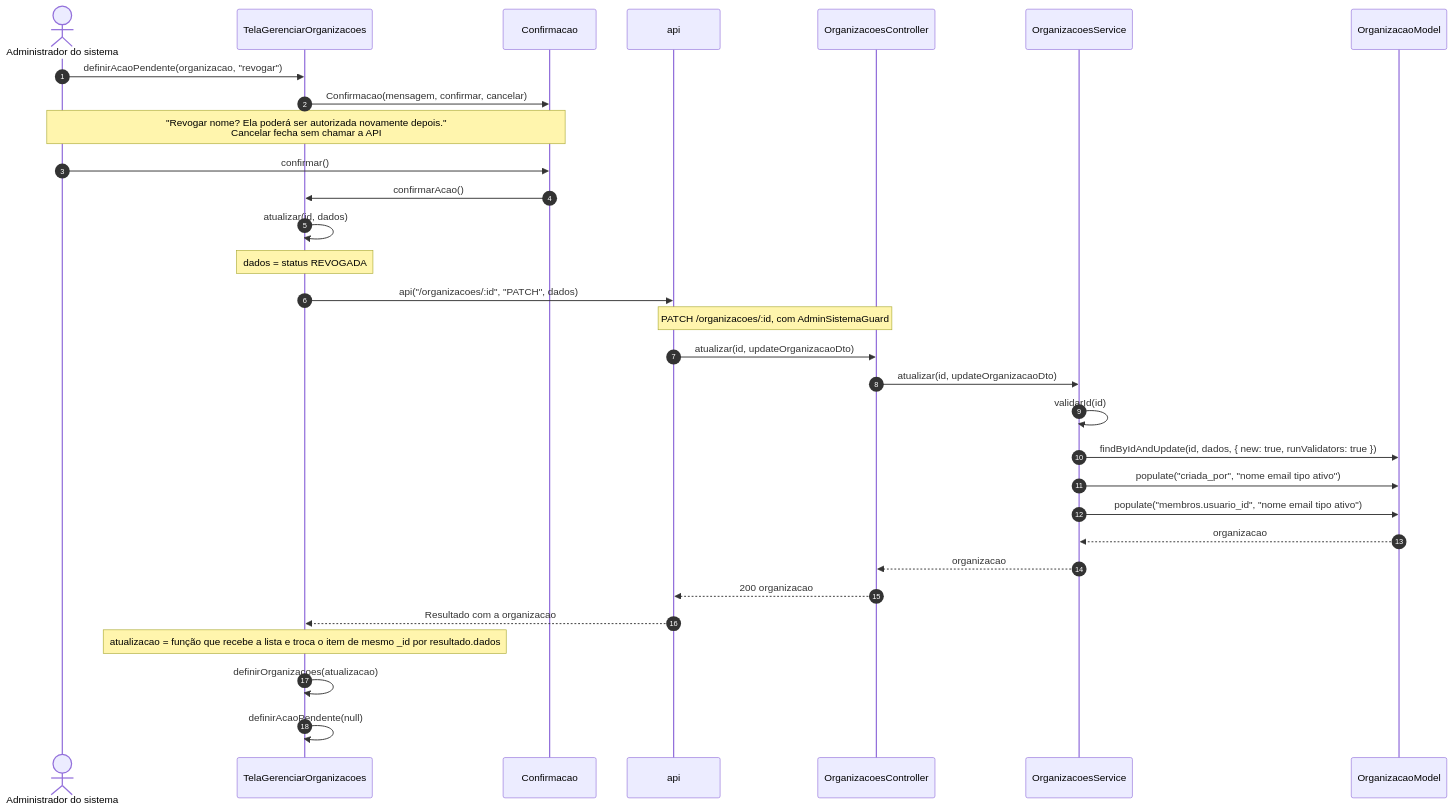
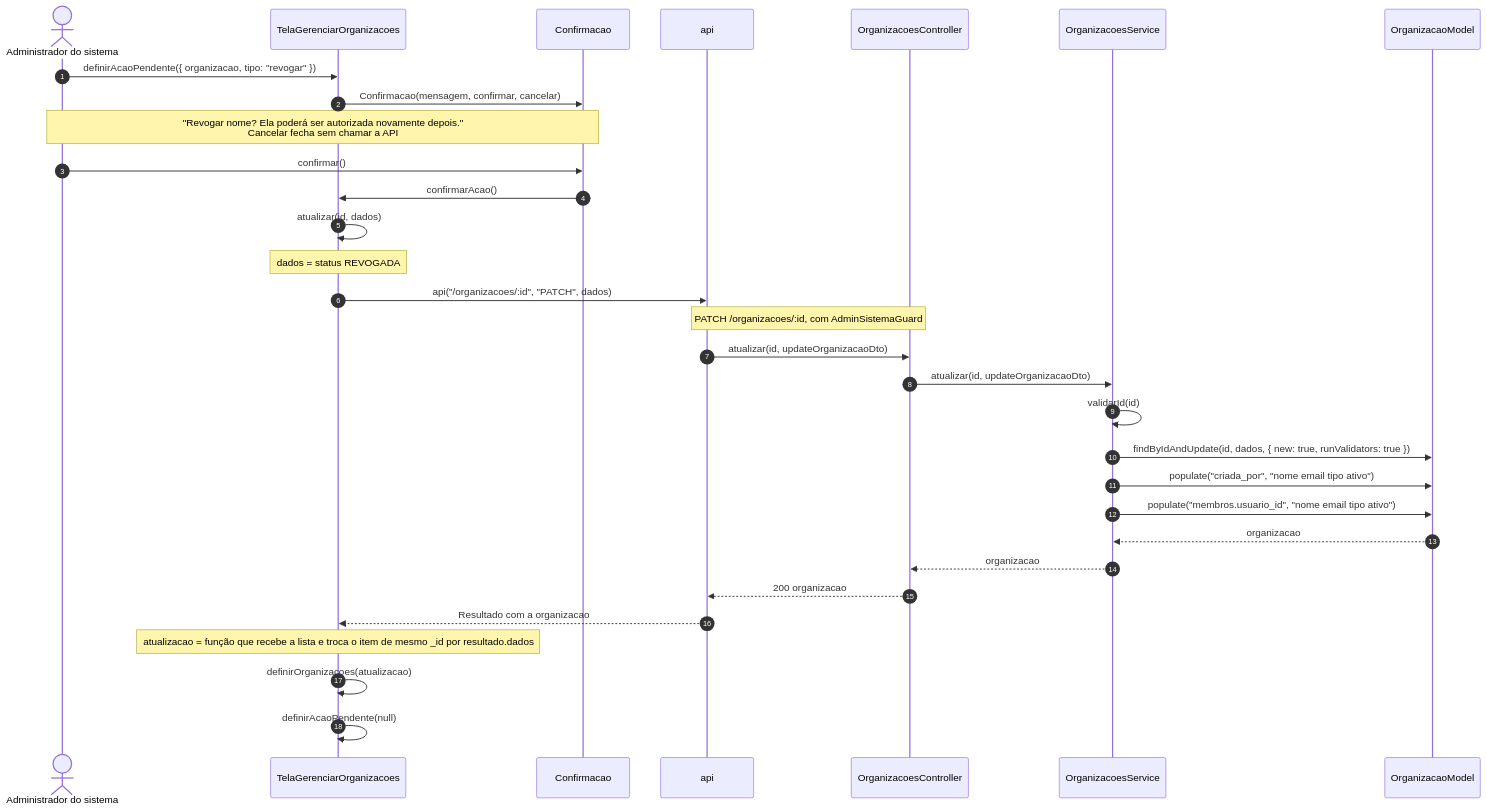
The fifth of 15 diagrams in 2 - Incremento1/cadastro-organizacao/6 - diagramas-sequencia-cadastro-organizacao.md (Conecta-IFSP/DOCUMENTATION), drawn with Mermaid before and after one commit. The commit also changed other lines of this file and 17 other files, not shown here.

````diff
--- a/2 - Incremento1/cadastro-organizacao/6 - diagramas-sequencia-cadastro-organizacao.md
+++ b/2 - Incremento1/cadastro-organizacao/6 - diagramas-sequencia-cadastro-organizacao.md
@@ -157,33 +157,33 @@
 ```mermaid
 sequenceDiagram
     autonumber
     actor U as Administrador do sistema
     participant T as TelaGerenciarOrganizacoes
     participant D as Confirmacao
     participant A as api
     participant C as OrganizacoesController
     participant S as OrganizacoesService
     participant M as OrganizacaoModel
-    U->>T: definirAcaoPendente(organizacao, "revogar")
+    U->>T: definirAcaoPendente({ organizacao, tipo: "revogar" })
     T->>D: Confirmacao(mensagem, confirmar, cancelar)
     Note over U,D: "Revogar nome? Ela poderá ser autorizada novamente depois."<br/>Cancelar fecha sem chamar a API
     U->>D: confirmar()
     D->>T: confirmarAcao()
     T->>T: atualizar(id, dados)
     Note over T: dados = status REVOGADA
     T->>A: api("/organizacoes/:id", "PATCH", dados)
     Note over A,C: PATCH /organizacoes/:id, com AdminSistemaGuard
     A->>C: atualizar(id, updateOrganizacaoDto)
     C->>S: atualizar(id, updateOrganizacaoDto)
     S->>S: validarId(id)
     S->>M: findByIdAndUpdate(id, dados, { new: true, runValidators: true })
     S->>M: populate("criada_por", "nome email tipo ativo")
     S->>M: populate("membros.usuario_id", "nome email tipo ativo")
     M-->>S: organizacao
     S-->>C: organizacao
     C-->>A: 200 organizacao
     A-->>T: Resultado com a organizacao
     Note over T: atualizacao = função que recebe a lista e troca o item de mesmo _id por resultado.dados
     T->>T: definirOrganizacoes(atualizacao)
     T->>T: definirAcaoPendente(null)
 ```
````
